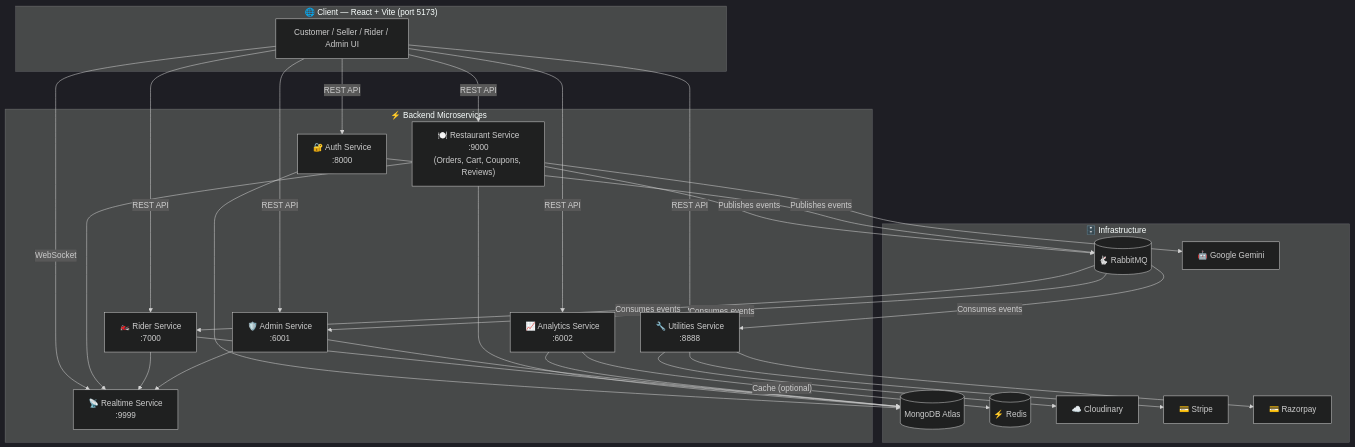
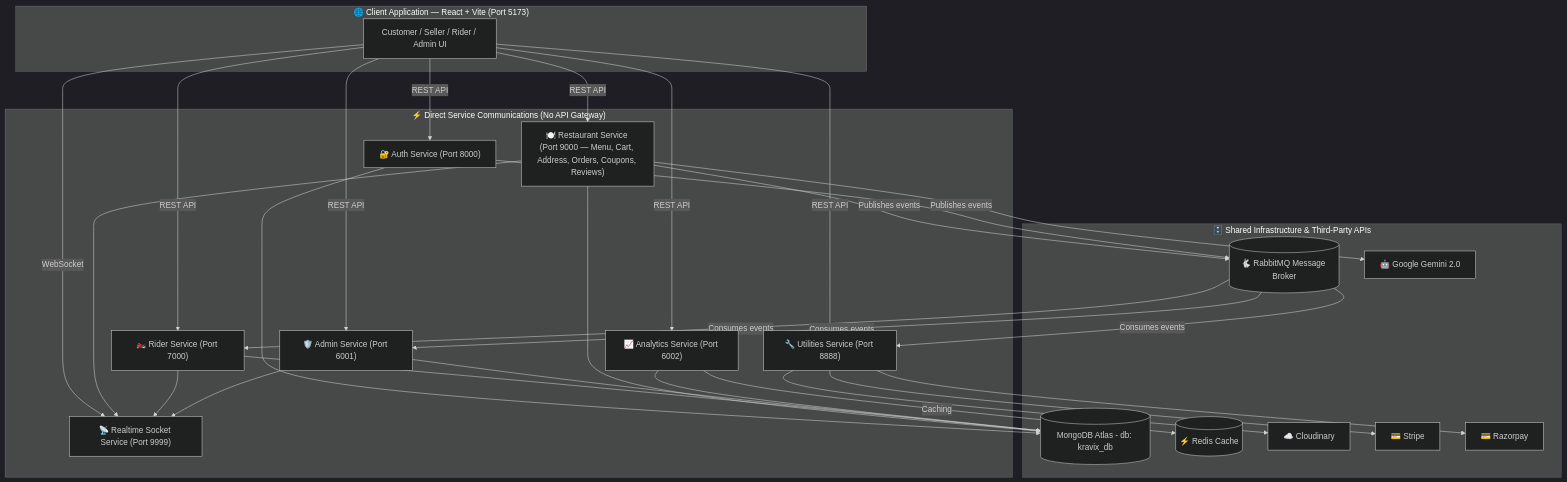
Before and after one commit to samratmallick-dev/kravix-food-delivery-application: the diagram in README.md, drawn with Mermaid (dark theme). The commit also changed other lines of this file, not shown here.

Commit message:
docs: update README with project architecture diagram, folder structure, and detailed feature breakdowns

````diff
--- a/README.md
+++ b/README.md
@@ -672,57 +63,57 @@
 ```mermaid
 graph TB
-    subgraph Client["🌐 Client — React + Vite (port 5173)"]
+    subgraph Client["🌐 Client Application — React + Vite (Port 5173)"]
         UI[Customer / Seller / Rider / Admin UI]
     end
 
-    subgraph Gateway["⚡ Backend Microservices"]
-        AUTH["🔐 Auth Service<br/>:8000"]
-        REST["🍽️ Restaurant Service<br/>:9000<br/>(Orders, Cart, Coupons, Reviews)"]
-        RIDER["🏍️ Rider Service<br/>:7000"]
-        ADMIN["🛡️ Admin Service<br/>:6001"]
-        ANALYTICS["📈 Analytics Service<br/>:6002"]
-        UTIL["🔧 Utilities Service<br/>:8888"]
-        RT["📡 Realtime Service<br/>:9999"]
+    subgraph Gateway["⚡ Direct Service Communications (No API Gateway)"]
+        AUTH["🔐 Auth Service (Port 8000)"]
+        REST["🍽️ Restaurant Service (Port 9000 — Menu, Cart, Address, Orders, Coupons, Reviews)"]
+        RIDER["🏍️ Rider Service (Port 7000)"]
+        ADMIN["🛡️ Admin Service (Port 6001)"]
+        ANALYTICS["📈 Analytics Service (Port 6002)"]
+        UTIL["🔧 Utilities Service (Port 8888)"]
+        RT["📡 Realtime Socket Service (Port 9999)"]
     end
 
-    subgraph Infra["🗄️ Infrastructure"]
-        MONGO[(MongoDB Atlas)]
-        RABBIT[("🐇 RabbitMQ")]
-        REDIS[("⚡ Redis")]
+    subgraph Infra["🗄️ Shared Infrastructure & Third-Party APIs"]
+        MONGO[(MongoDB Atlas - db: kravix_db)]
+        RABBIT[("🐇 RabbitMQ Message Broker")]
+        REDIS[("⚡ Redis Cache")]
         CLOUD["☁️ Cloudinary"]
         STRIPE["💳 Stripe"]
         RAZORPAY["💳 Razorpay"]
-        GEMINI["🤖 Google Gemini"]
+        GEMINI["🤖 Google Gemini 2.0"]
     end
 
     UI -- "REST API" --> AUTH
     UI -- "REST API" --> REST
     UI -- "REST API" --> RIDER
     UI -- "REST API" --> ADMIN
     UI -- "REST API" --> ANALYTICS
     UI -- "REST API" --> UTIL
     UI -- "WebSocket" --> RT
 
     AUTH --> MONGO
     REST --> MONGO
     RIDER --> MONGO
     ADMIN --> MONGO
     ANALYTICS --> MONGO
 
-    ANALYTICS -- "Cache (optional)" --> REDIS
+    ANALYTICS -- "Caching" --> REDIS
 
     REST -- "Publishes events" --> RABBIT
     AUTH -- "Publishes events" --> RABBIT
     RABBIT -- "Consumes events" --> RIDER
     RABBIT -- "Consumes events" --> ADMIN
     RABBIT -- "Consumes events" --> UTIL
 
     REST --> RT
     RIDER --> RT
     ADMIN --> RT
 
     UTIL --> CLOUD
     UTIL --> STRIPE
     UTIL --> RAZORPAY
     REST --> GEMINI
 ```
````
